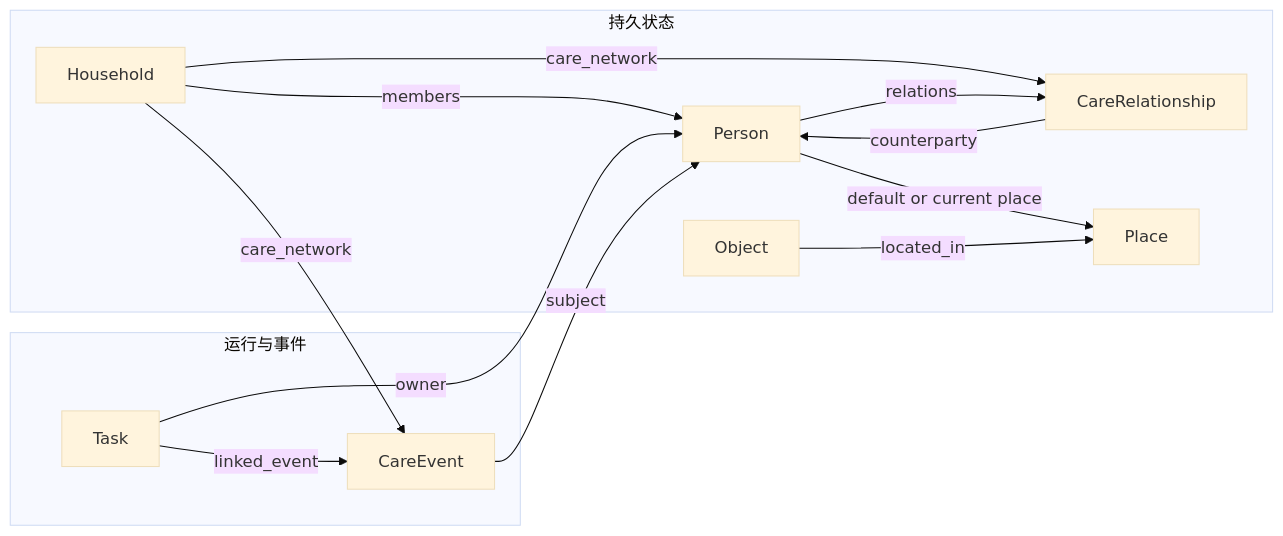
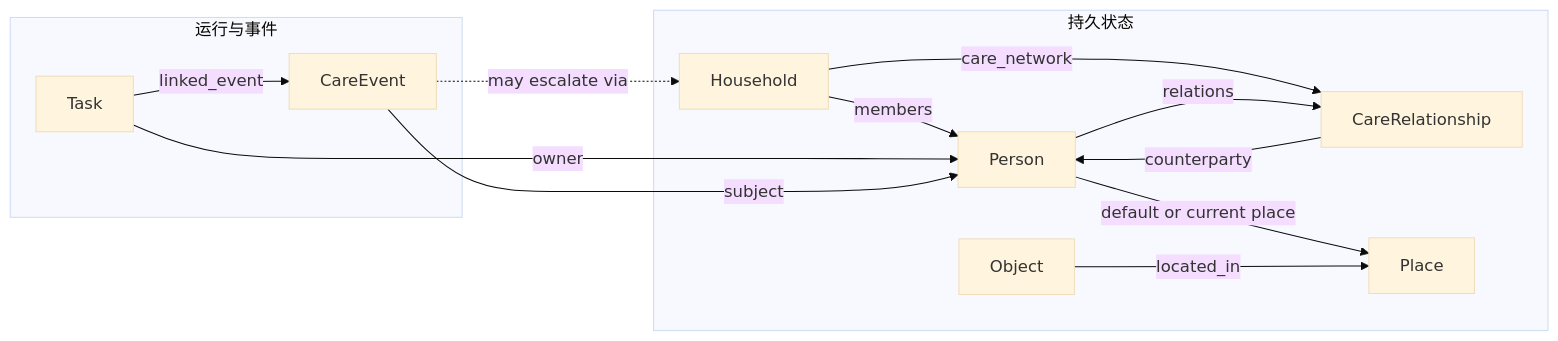
The diagram in docs/02_p1_architecture/05_world_state_schema.md (hlm12348765/Kinbot_OODA), drawn with Mermaid (base theme) before and after one commit. The commit also changed other lines of this file and 15 other files, not shown here.

First line of the commit message:
docs(architecture): complete v1 complexity reduction sync

````diff
--- a/docs/02_p1_architecture/05_world_state_schema.md
+++ b/docs/02_p1_architecture/05_world_state_schema.md
@@ -161,26 +163,26 @@
 ```mermaid
 flowchart LR
     subgraph 持久状态
         HH[Household]
         PER[Person]
         REL[CareRelationship]
         PL[Place]
         OBJ[Object]
     end
 
     subgraph 运行与事件
         TASK[Task]
         CE[CareEvent]
     end
 
     HH -->|members| PER
     HH -->|care_network| REL
-    HH -->|care_network| CE
+    CE -.may escalate via.-> HH
     PER -->|relations| REL
     PER -->|default or current place| PL
     OBJ -->|located_in| PL
     TASK -->|owner| PER
     TASK -->|linked_event| CE
     CE -->|subject| PER
     REL -->|counterparty| PER
 ```
````
